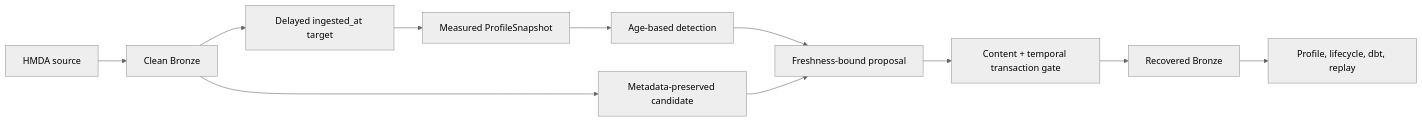
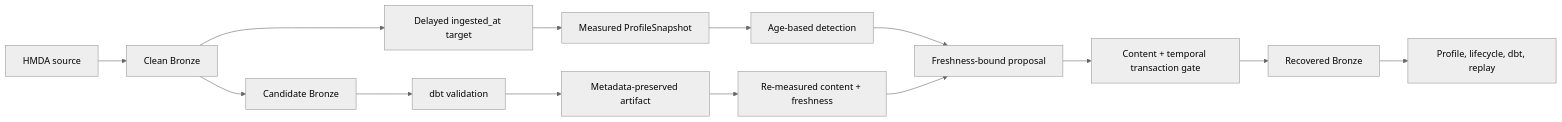
The diagram in openspec/changes/reliability-freshness-delay-semantics/design.md (mols3131d/hmda-data-reliability), drawn with Mermaid (neutral theme) before and after one commit. The commit also changed other lines of this file and 8 other files, not shown here.

````diff
--- a/openspec/changes/reliability-freshness-delay-semantics/design.md
+++ b/openspec/changes/reliability-freshness-delay-semantics/design.md
@@ -28,13 +29,16 @@
 ```mermaid
 flowchart LR
     source[HMDA source] --> clean[Clean Bronze]
     clean --> delayed[Delayed ingested_at target]
     delayed --> profile[Measured ProfileSnapshot]
     profile --> detect[Age-based detection]
-    clean --> candidate[Metadata-preserved candidate]
+    clean --> candidate[Candidate Bronze]
     detect --> proposal[Freshness-bound proposal]
-    candidate --> proposal
+    candidate --> candidateValidation[dbt validation]
+    candidateValidation --> artifact[Metadata-preserved artifact]
+    artifact --> artifactState[Re-measured content + freshness]
+    artifactState --> proposal
     proposal --> gate[Content + temporal transaction gate]
     gate --> recovered[Recovered Bronze]
     recovered --> verify[Profile, lifecycle, dbt, replay]
 ```
````
